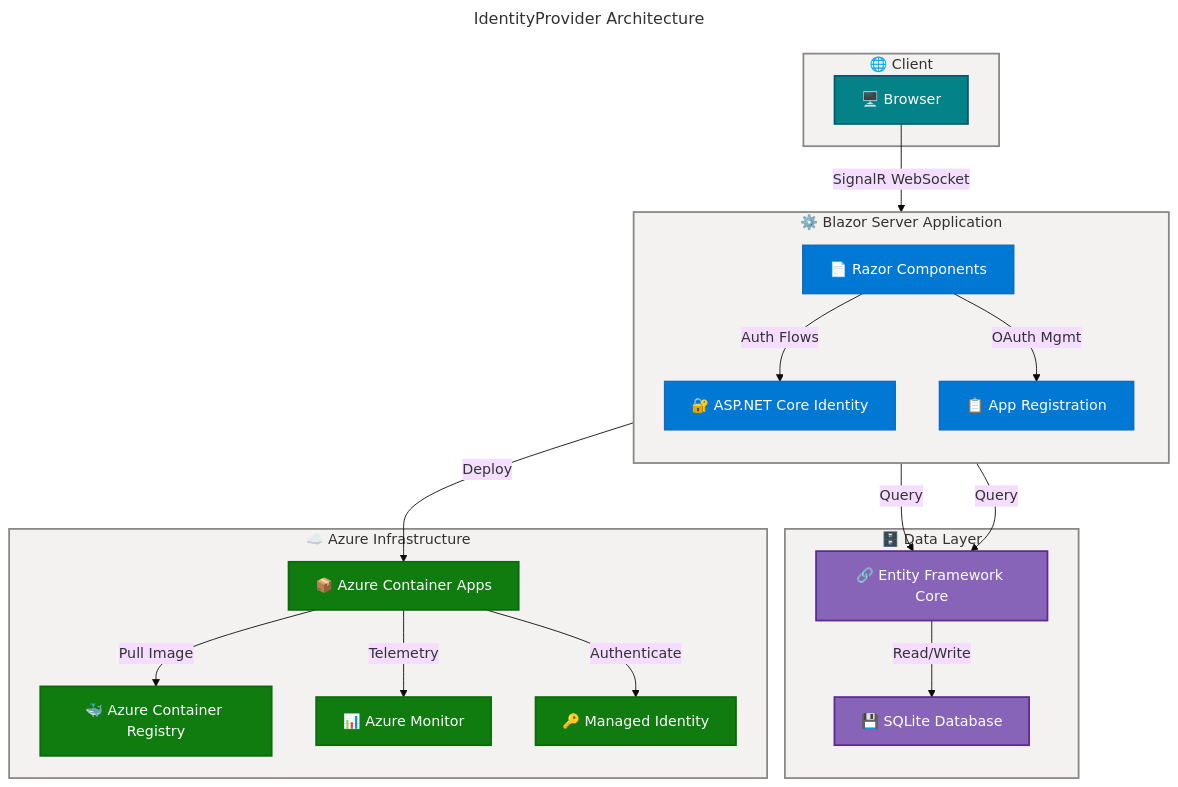
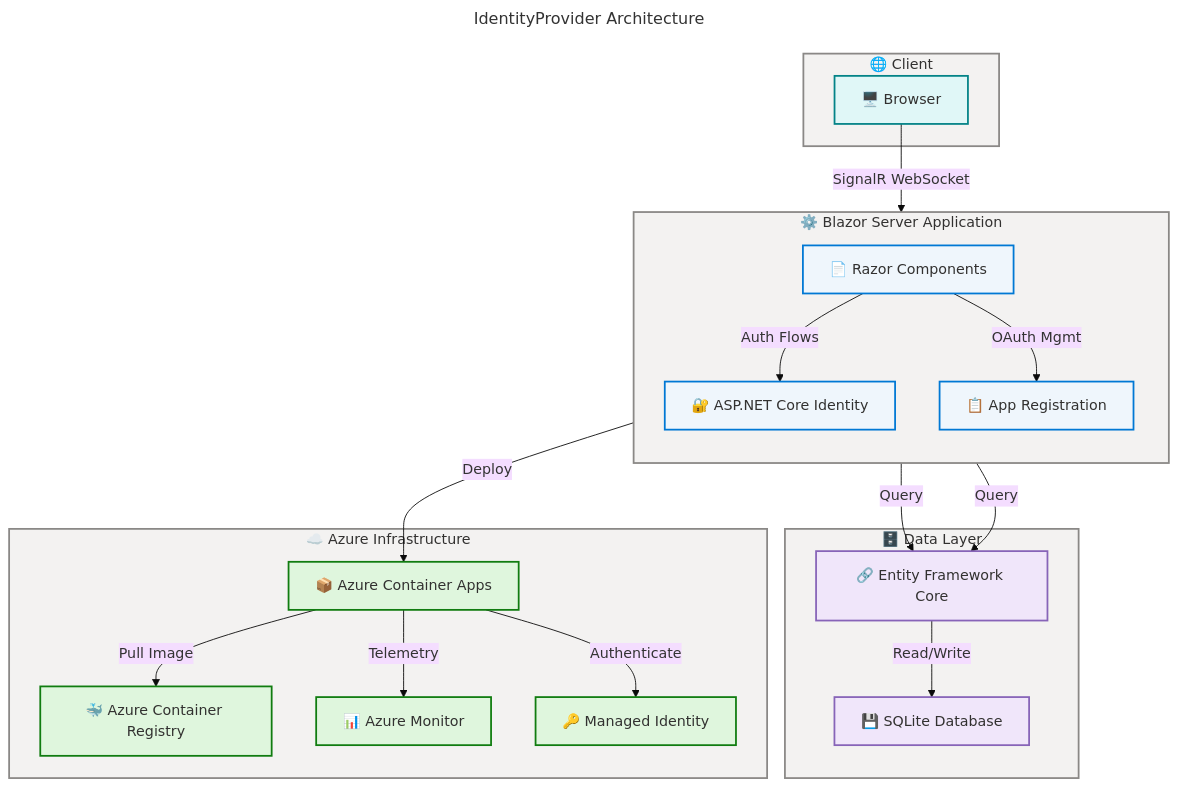
One commit to Evilazaro/IdentityProvider changed the diagram in README.md. Above: the diagram before and after it, drawn with Mermaid.

Commit message:
Update flowchart styles in README.md for improved visual consistency

````diff
--- a/README.md
+++ b/README.md
@@ -220,73 +220,73 @@
 ```mermaid
 ---
 title: IdentityProvider Architecture
 config:
   theme: base
   look: classic
   layout: dagre
   themeVariables:
     fontSize: '16px'
   flowchart:
     htmlLabels: true
 ---
 flowchart TB
     accTitle: IdentityProvider Application Architecture
     accDescr: Layered architecture with client browser connecting to Blazor Server identity components backed by EF Core and SQLite deployed to Azure Container Apps
 
 %% ═══════════════════════════════════════════════════════════════════════════
 %% AZURE / FLUENT ARCHITECTURE PATTERN v1.1
 %% (Semantic + Structural + Font + Accessibility Governance)
 %% ═══════════════════════════════════════════════════════════════════════════
 %% PHASE 1 - FLUENT UI: All styling uses approved Fluent UI palette only
 %% PHASE 2 - GROUPS: Every subgraph has semantic color via style directive
 %% PHASE 3 - COMPONENTS: Every node has semantic classDef + icon prefix
 %% PHASE 4 - ACCESSIBILITY: accTitle/accDescr present, WCAG AA contrast
 %% PHASE 5 - STANDARD: Governance block present, classDefs centralized
 %% ═══════════════════════════════════════════════════════════════════════════
 
     subgraph client["🌐 Client"]
         Browser["🖥️ Browser"]:::external
     end
 
     subgraph blazor["⚙️ Blazor Server Application"]
         direction TB
         Components["📄 Razor Components"]:::core
         Identity["🔐 ASP.NET Core Identity"]:::core
         AppReg["📋 App Registration"]:::core
     end
 
     subgraph data["🗄️ Data Layer"]
         EFCore["🔗 Entity Framework Core"]:::data
         SQLite["💾 SQLite Database"]:::data
     end
 
     subgraph azure["☁️ Azure Infrastructure"]
         ContainerApp["📦 Azure Container Apps"]:::success
         ACR["🐳 Azure Container Registry"]:::success
         Monitor["📊 Azure Monitor"]:::success
         ManagedId["🔑 Managed Identity"]:::success
     end
 
     Browser -->|"SignalR WebSocket"| Components
     Components -->|"Auth Flows"| Identity
     Components -->|"OAuth Mgmt"| AppReg
     Identity -->|"Query"| EFCore
     AppReg -->|"Query"| EFCore
     EFCore -->|"Read/Write"| SQLite
     blazor -->|"Deploy"| ContainerApp
     ContainerApp -->|"Pull Image"| ACR
     ContainerApp -->|"Telemetry"| Monitor
     ContainerApp -->|"Authenticate"| ManagedId
 
     %% Subgraph styling (4 subgraphs = 4 style directives)
     style client fill:#F3F2F1,stroke:#8A8886,stroke-width:2px,color:#323130
     style blazor fill:#F3F2F1,stroke:#8A8886,stroke-width:2px,color:#323130
     style data fill:#F3F2F1,stroke:#8A8886,stroke-width:2px,color:#323130
     style azure fill:#F3F2F1,stroke:#8A8886,stroke-width:2px,color:#323130
 
     %% Centralized semantic classDefs (Phase 5 compliant)
-    classDef core fill:#0078D4,stroke:#106EBE,stroke-width:2px,color:#FFFFFF
-    classDef success fill:#107C10,stroke:#0B6A0B,stroke-width:2px,color:#FFFFFF
-    classDef data fill:#8764B8,stroke:#5C2D91,stroke-width:2px,color:#FFFFFF
-    classDef external fill:#038387,stroke:#005B70,stroke-width:2px,color:#FFFFFF
+    classDef core fill:#EFF6FC,stroke:#0078D4,stroke-width:2px,color:#323130
+    classDef success fill:#DFF6DD,stroke:#107C10,stroke-width:2px,color:#323130
+    classDef data fill:#F0E6FA,stroke:#8764B8,stroke-width:2px,color:#323130
+    classDef external fill:#E0F7F7,stroke:#038387,stroke-width:2px,color:#323130
 ```
````
